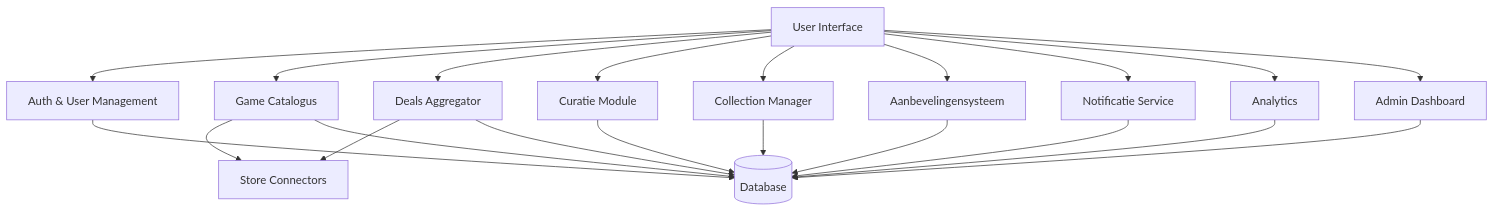
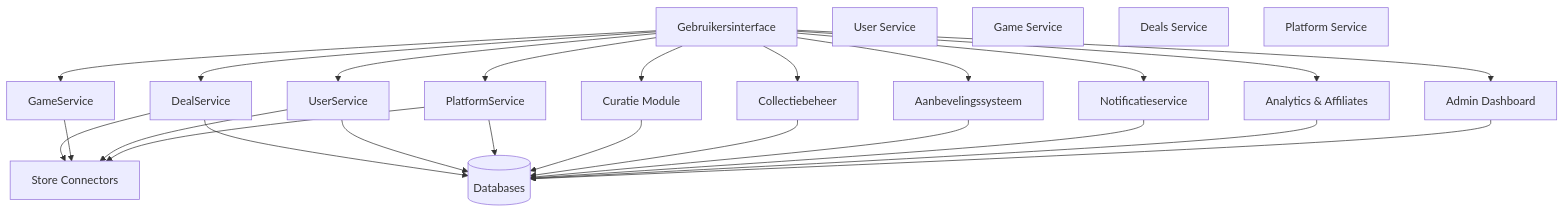
Before and after one commit to sergiuNE/Meta-Gamestore-ChippyGames-: the first of 2 diagrams in analysis/logical-components.md, drawn with Mermaid. The commit also changed other lines of this file and 38 other files, not shown here.

````diff
--- a/analysis/logical-components.md
+++ b/analysis/logical-components.md
@@ -35,37 +53,41 @@
 ```mermaid
 graph TD
-    UI[User Interface]
-    Auth[Auth & User Management]
-    Catalog[Game Catalogus]
-    Deals[Deals Aggregator]
+    UI[Gebruikersinterface]
+    User[User Service]
+    Games[Game Service]
+    Deals[Deals Service]
+    Platform[Platform Service]
     Connectors[Store Connectors]
     Curatie[Curatie Module]
-    Collectie[Collection Manager]
-    Aanbevelingen[Aanbevelingensysteem]
-    Notificatie[Notificatie Service]
-    Analytics[Analytics]
+    Collectie[Collectiebeheer]
+    Aanbevelingen[Aanbevelingssysteem]
+    Notificatie[Notificatieservice]
+    Analytics[Analytics & Affiliates]
     Admin[Admin Dashboard]
-    DB[(Database)]
+    DB[(Databases)]
 
-    UI --> Auth
-    UI --> Catalog
-    UI --> Deals
+    UI --> UserService
+    UI --> GameService
+    UI --> DealService
+    UI --> PlatformService
     UI --> Curatie
     UI --> Collectie
     UI --> Aanbevelingen
     UI --> Notificatie
     UI --> Analytics
     UI --> Admin
 
-    Deals --> Connectors
-    Catalog --> Connectors
-    Auth --> DB
-    Catalog --> DB
-    Deals --> DB
+    DealService --> Connectors
+    GameService --> Connectors
+    UserService --> Connectors
+    PlatformService --> Connectors
+    DealService --> DB
+    UserService --> DB
+    PlatformService --> DB
     Curatie --> DB
     Collectie --> DB
     Aanbevelingen --> DB
     Notificatie --> DB
     Analytics --> DB
     Admin --> DB
 ```
````
